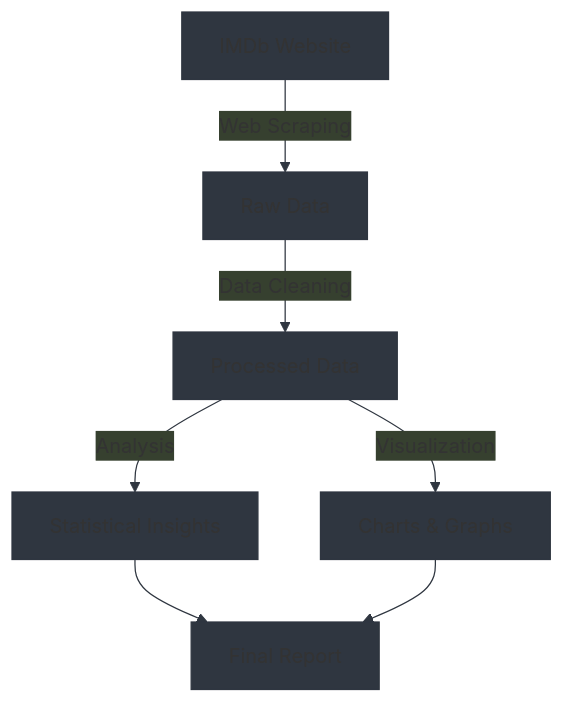
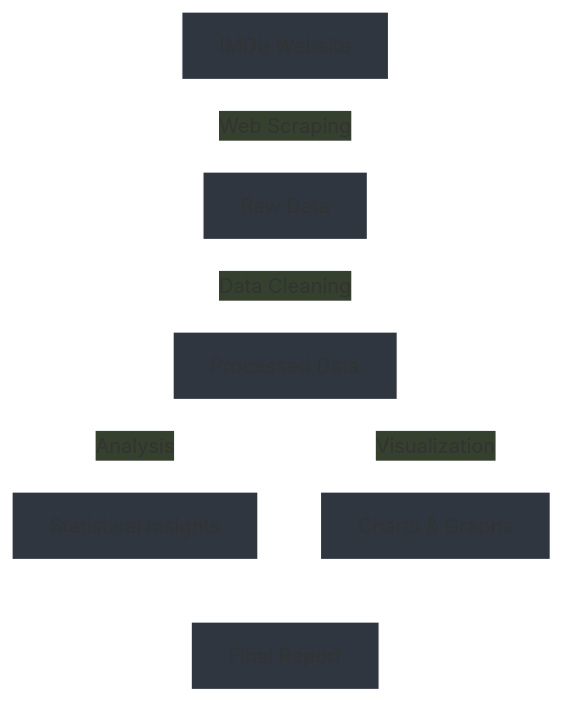
One commit to Izukushwaha/Movie-Scrapping-DA-Project changed the second of 5 diagrams in README.md. Above: the diagram before and after it, drawn with Mermaid. The commit also changed other lines of this file, not shown here.

````diff
--- a/README.md
+++ b/README.md
@@ -37,10 +39,11 @@
 ```mermaid
-%%{init: {'theme': 'base', 'themeVariables': { 'primaryColor': '#2f3640', 'textColor': '#2f3640', 'lineColor': '#2f3640', 'primaryBorderColor': '#2f3640'}}}%%
+%%{init: {'theme': 'base', 'themeVariables': { 'primaryColor': '#2f3640', 'textColor': '#ffffff', 'lineColor': '#ffffff', 'primaryBorderColor': '#ffffff'}}}%%
 flowchart TD
     A[IMDb Website] -->|Web Scraping| B[Raw Data]
     B -->|Data Cleaning| C[Processed Data]
     C -->|Analysis| D[Statistical Insights]
     C -->|Visualization| E[Charts & Graphs]
     D --> F[Final Report]
     E --> F
+
 ```
````
